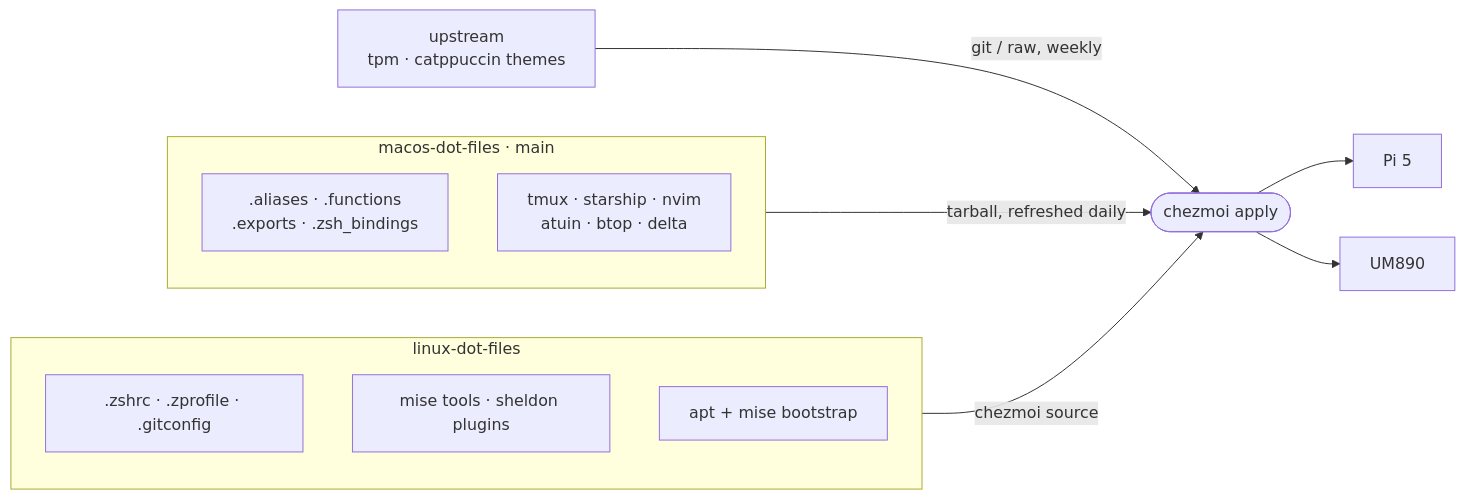
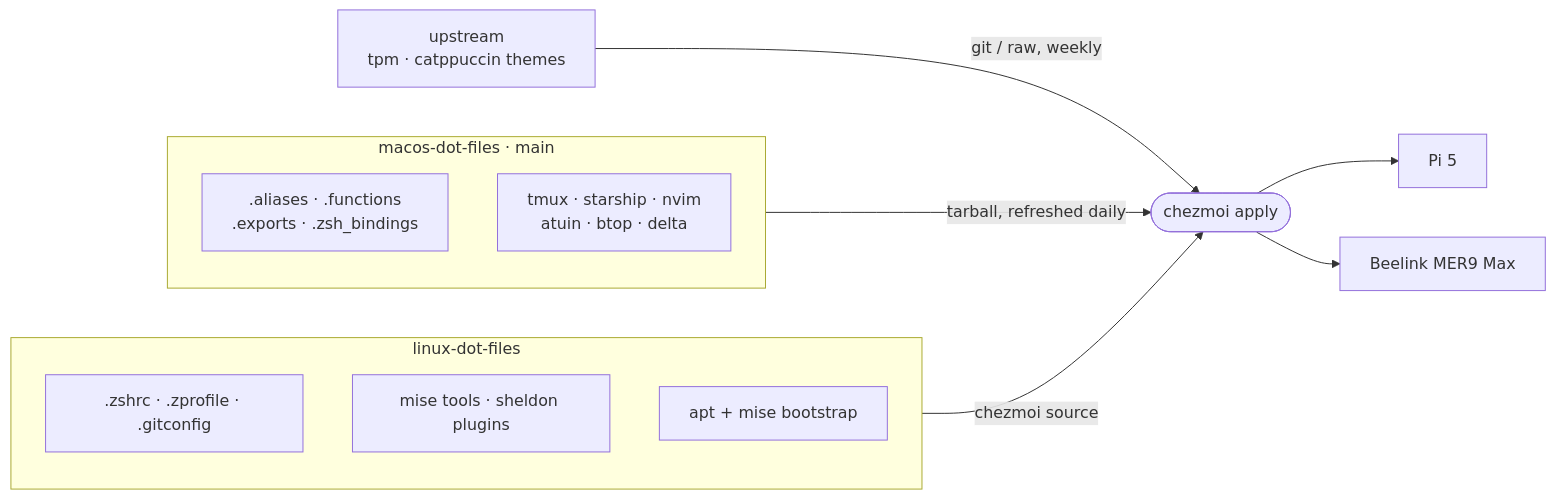
Before and after one commit to seifscape/linux-dot-files: the diagram in README.md, drawn with Mermaid. The commit also changed other lines of this file, not shown here.

Commit message:
README: replace UM890 with Beelink MER9 Max

````diff
--- a/README.md
+++ b/README.md
@@ -78,19 +78,19 @@
 ```mermaid
 flowchart LR
     subgraph mac["macos-dot-files · main"]
         direction TB
         A[".aliases · .functions<br/>.exports · .zsh_bindings"]
         B["tmux · starship · nvim<br/>atuin · btop · delta"]
     end
     subgraph linux["linux-dot-files"]
         direction TB
         C[".zshrc · .zprofile · .gitconfig"]
         D["mise tools · sheldon plugins"]
         E["apt + mise bootstrap"]
     end
     U["upstream<br/>tpm · catppuccin themes"]
     mac -- "tarball, refreshed daily" --> S
     linux -- "chezmoi source" --> S
     U -- "git / raw, weekly" --> S
-    S(["chezmoi apply"]) --> P["Pi 5"] & M["UM890"]
+    S(["chezmoi apply"]) --> P["Pi 5"] & M["Beelink MER9 Max"]
 ```
````
